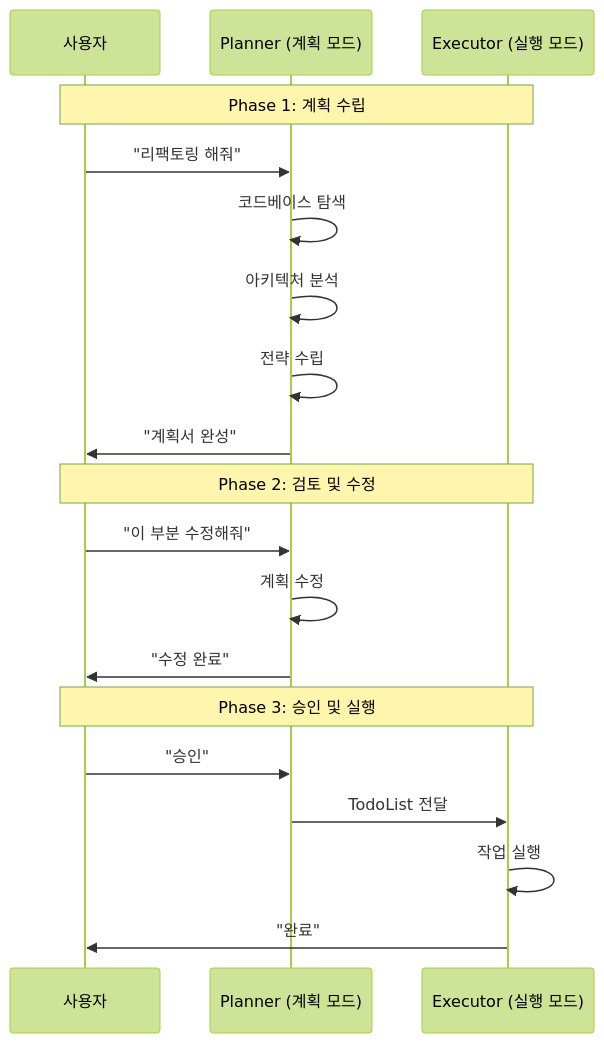
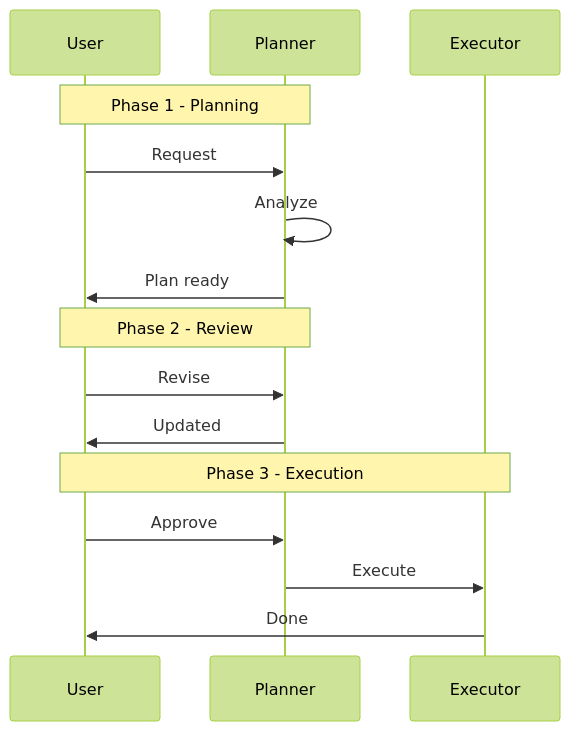
The fourth of 6 diagrams in appendix-a/A01.md (Kanghyeop/pages-book-agent101), drawn with Mermaid (forest theme) before and after one commit. The commit also changed other lines of this file and 1 other file, not shown here.

Commit message:
Mermaid 다이어그램 단순화 동기화
- 복잡한 flowchart 단순화
- sequenceDiagram 영문 전환

````diff
--- a/appendix-a/A01.md
+++ b/appendix-a/A01.md
@@ -157,24 +151,20 @@
 ```mermaid
 sequenceDiagram
-    participant U as 사용자
-    participant P as Planner (계획 모드)
-    participant E as Executor (실행 모드)
+    participant U as User
+    participant P as Planner
+    participant E as Executor
 
-    Note over U,E: Phase 1: 계획 수립
-    U->>P: "리팩토링 해줘"
-    P->>P: 코드베이스 탐색
-    P->>P: 아키텍처 분석
-    P->>P: 전략 수립
-    P->>U: "계획서 완성"
+    Note over U,P: Phase 1 - Planning
+    U->>P: Request
+    P->>P: Analyze
+    P->>U: Plan ready
 
-    Note over U,E: Phase 2: 검토 및 수정
-    U->>P: "이 부분 수정해줘"
-    P->>P: 계획 수정
-    P->>U: "수정 완료"
+    Note over U,P: Phase 2 - Review
+    U->>P: Revise
+    P->>U: Updated
 
-    Note over U,E: Phase 3: 승인 및 실행
-    U->>P: "승인"
-    P->>E: TodoList 전달
-    E->>E: 작업 실행
-    E->>U: "완료"
+    Note over U,E: Phase 3 - Execution
+    U->>P: Approve
+    P->>E: Execute
+    E->>U: Done
 ```
````
